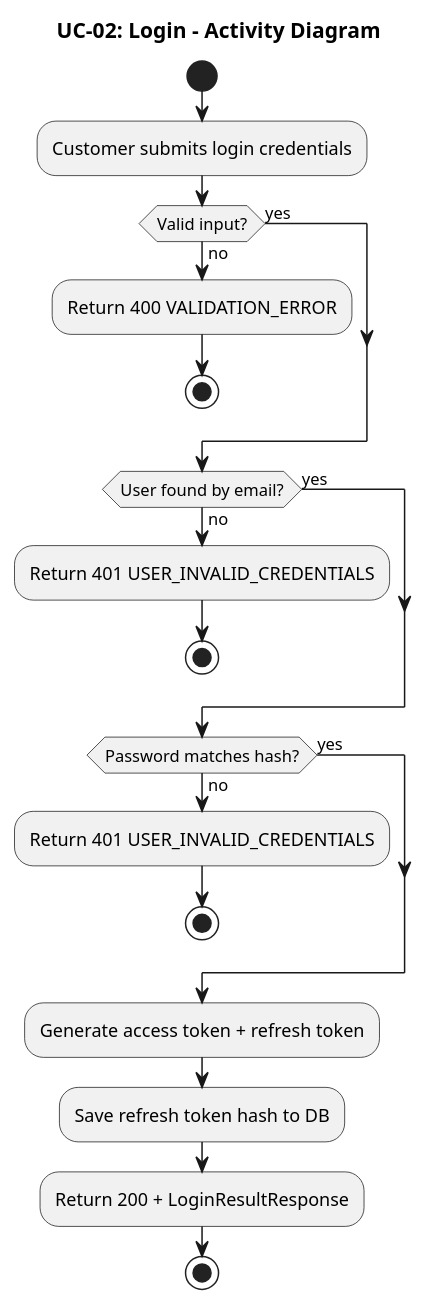
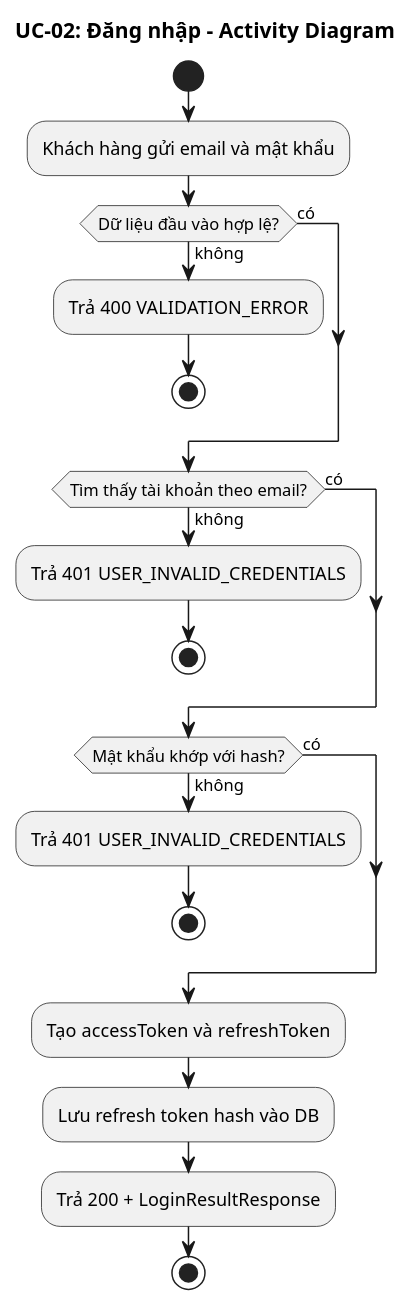
One commit to Phunguy65/train-ticket-booking-system-plus changed the third of 7 diagrams in docs/usecases/UC-02-dang-nhap.md. Above: the diagram before and after it, drawn with PlantUML. The commit also changed other lines of this file and 14 other files, not shown here.

````diff
--- a/docs/usecases/UC-02-dang-nhap.md
+++ b/docs/usecases/UC-02-dang-nhap.md
@@ -42,33 +60,33 @@
 ```plantuml
 @startuml UC-02-activity
-title UC-02: Login - Activity Diagram
+title UC-02: Đăng nhập - Activity Diagram
 
 start
 
-:Customer submits login credentials;
+:Khách hàng gửi email và mật khẩu;
 
-if (Valid input?) then (no)
-  :Return 400 VALIDATION_ERROR;
+if (Dữ liệu đầu vào hợp lệ?) then (không)
+  :Trả 400 VALIDATION_ERROR;
   stop
-else (yes)
+else (có)
 endif
 
-if (User found by email?) then (no)
-  :Return 401 USER_INVALID_CREDENTIALS;
+if (Tìm thấy tài khoản theo email?) then (không)
+  :Trả 401 USER_INVALID_CREDENTIALS;
   stop
-else (yes)
+else (có)
 endif
 
-if (Password matches hash?) then (no)
-  :Return 401 USER_INVALID_CREDENTIALS;
+if (Mật khẩu khớp với hash?) then (không)
+  :Trả 401 USER_INVALID_CREDENTIALS;
   stop
-else (yes)
+else (có)
 endif
 
-:Generate access token + refresh token;
-:Save refresh token hash to DB;
-:Return 200 + LoginResultResponse;
+:Tạo accessToken và refreshToken;
+:Lưu refresh token hash vào DB;
+:Trả 200 + LoginResultResponse;
 
 stop
 @enduml
 ```
````
